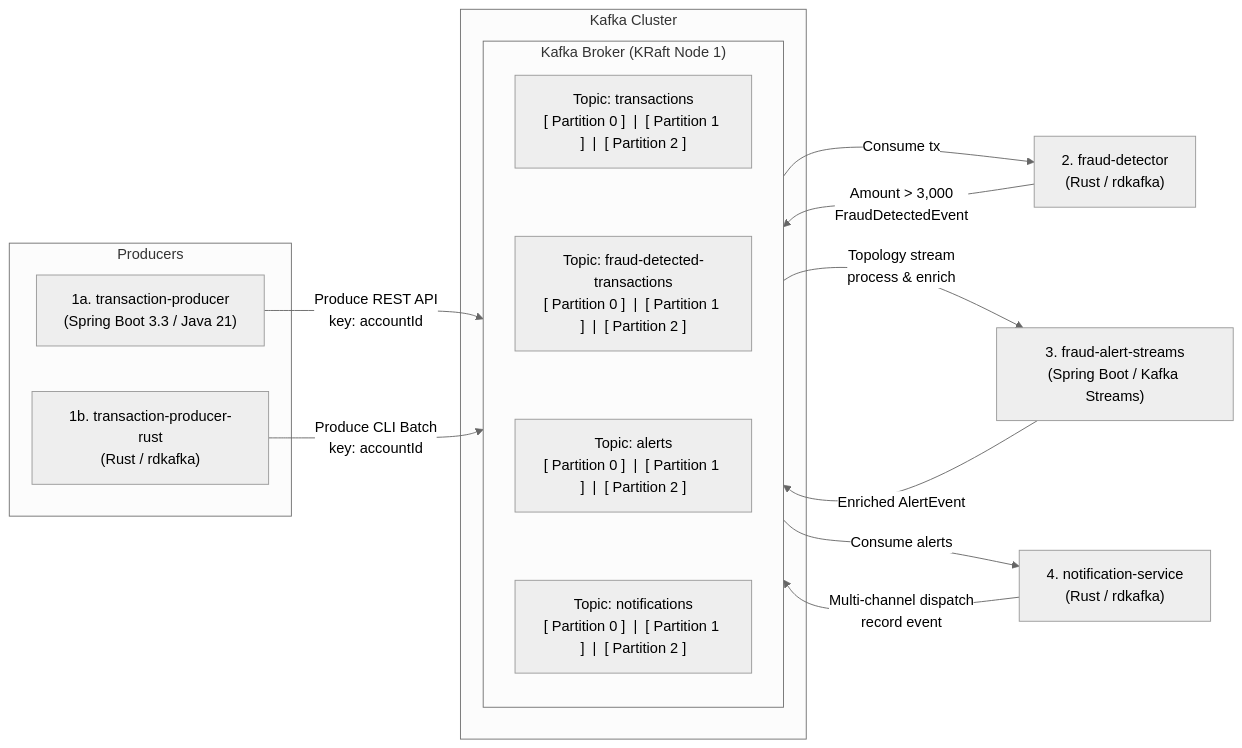
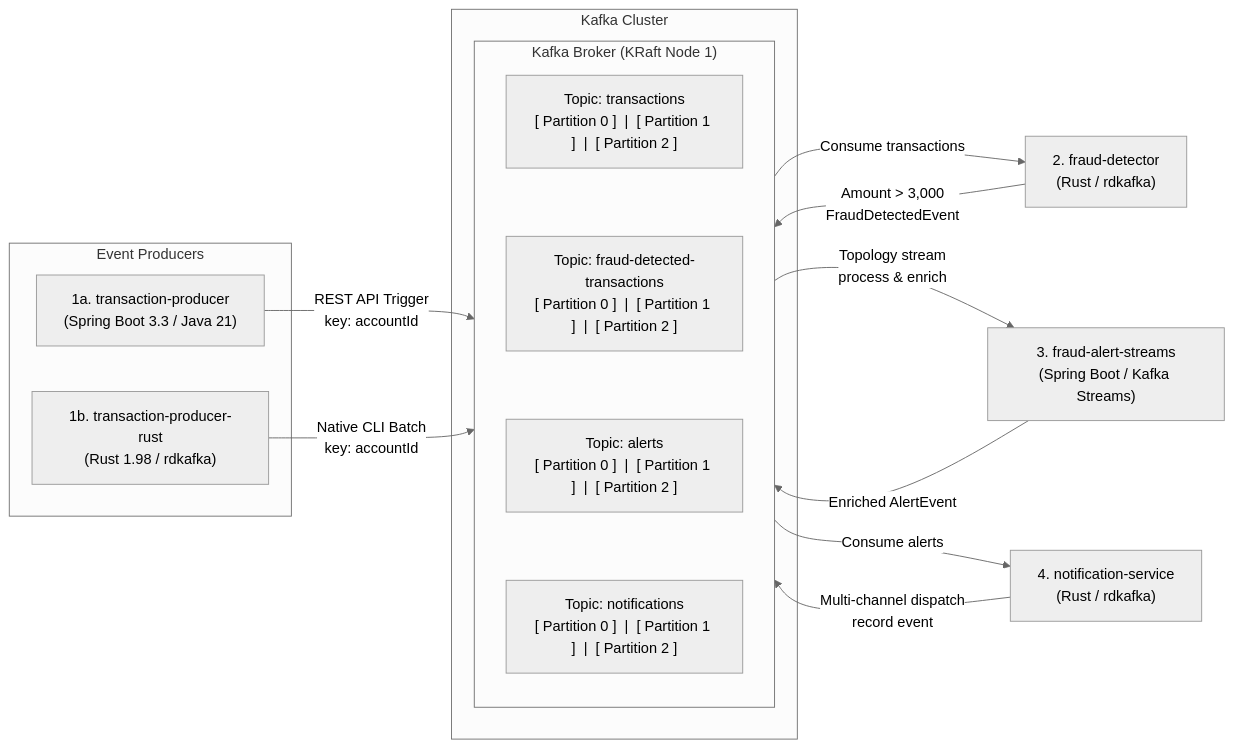
Before and after one commit to jvalsesia/kafka-streams: the diagram in README.md, drawn with Mermaid (neutral theme). The commit also changed other lines of this file, not shown here.

Commit message:
docs: comprehensive update of README.md with architecture, dual producers, partitions, schemas, and makefile reference

````diff
--- a/README.md
+++ b/README.md
@@ -9,31 +9,31 @@
 ```mermaid
 flowchart LR
-    subgraph Producers["Producers"]
+    subgraph Producers["Event Producers"]
         P1["1a. transaction-producer<br/>(Spring Boot 3.3 / Java 21)"]
-        P1_RUST["1b. transaction-producer-rust<br/>(Rust / rdkafka)"]
+        P1_RUST["1b. transaction-producer-rust<br/>(Rust 1.98 / rdkafka)"]
     end
 
     subgraph Cluster["Kafka Cluster"]
         subgraph Broker["Kafka Broker (KRaft Node 1)"]
             direction TB
             T1["Topic: transactions<br/>[ Partition 0 ] &nbsp;|&nbsp; [ Partition 1 ] &nbsp;|&nbsp; [ Partition 2 ]"]
             T2["Topic: fraud-detected-transactions<br/>[ Partition 0 ] &nbsp;|&nbsp; [ Partition 1 ] &nbsp;|&nbsp; [ Partition 2 ]"]
             T3["Topic: alerts<br/>[ Partition 0 ] &nbsp;|&nbsp; [ Partition 1 ] &nbsp;|&nbsp; [ Partition 2 ]"]
             T4["Topic: notifications<br/>[ Partition 0 ] &nbsp;|&nbsp; [ Partition 1 ] &nbsp;|&nbsp; [ Partition 2 ]"]
             T1 ~~~ T2 ~~~ T3 ~~~ T4
         end
     end
 
     P2["2. fraud-detector<br/>(Rust / rdkafka)"]
     P3["3. fraud-alert-streams<br/>(Spring Boot / Kafka Streams)"]
     P4["4. notification-service<br/>(Rust / rdkafka)"]
 
-    P1 -->|"Produce REST API<br/>key: accountId"| T1
-    P1_RUST -->|"Produce CLI Batch<br/>key: accountId"| T1
-    T1 -->|"Consume tx"| P2
+    P1 -->|"REST API Trigger<br/>key: accountId"| T1
+    P1_RUST -->|"Native CLI Batch<br/>key: accountId"| T1
+    T1 -->|"Consume transactions"| P2
     P2 -->|"Amount > 3,000<br/>FraudDetectedEvent"| T2
     T2 -->|"Topology stream<br/>process & enrich"| P3
     P3 -->|"Enriched AlertEvent"| T3
     T3 -->|"Consume alerts"| P4
     P4 -->|"Multi-channel dispatch<br/>record event"| T4
 ```
````
